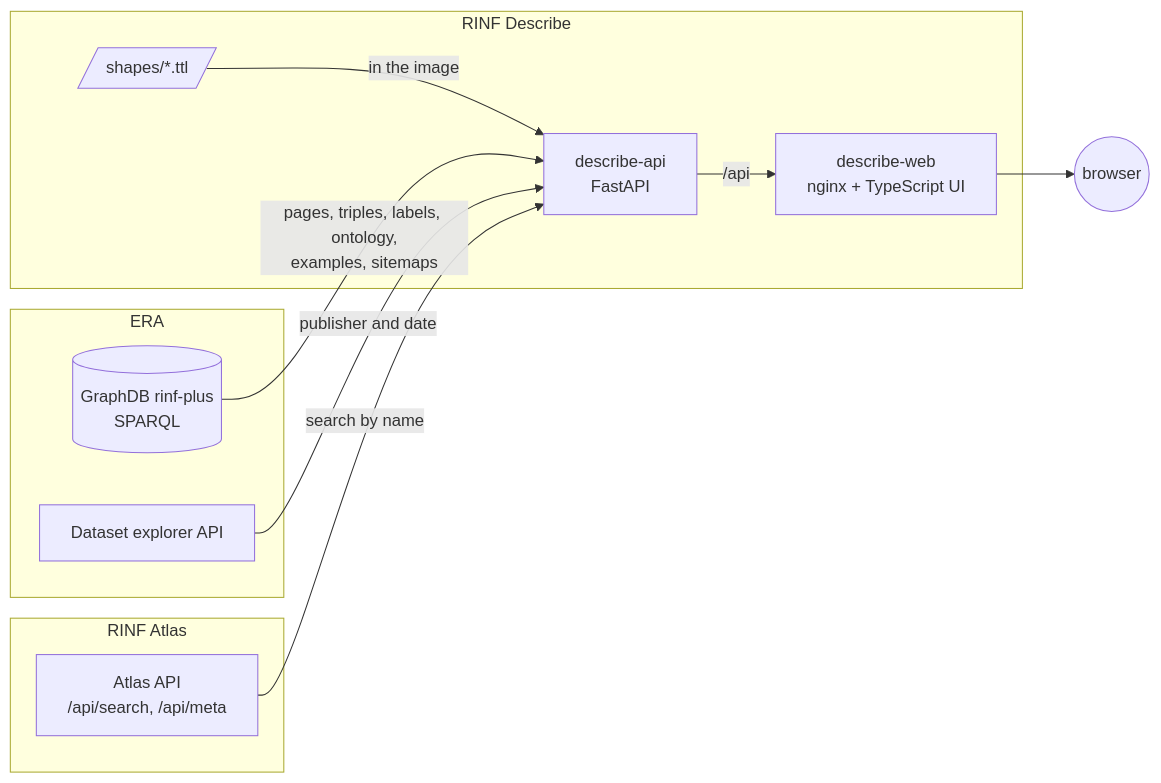
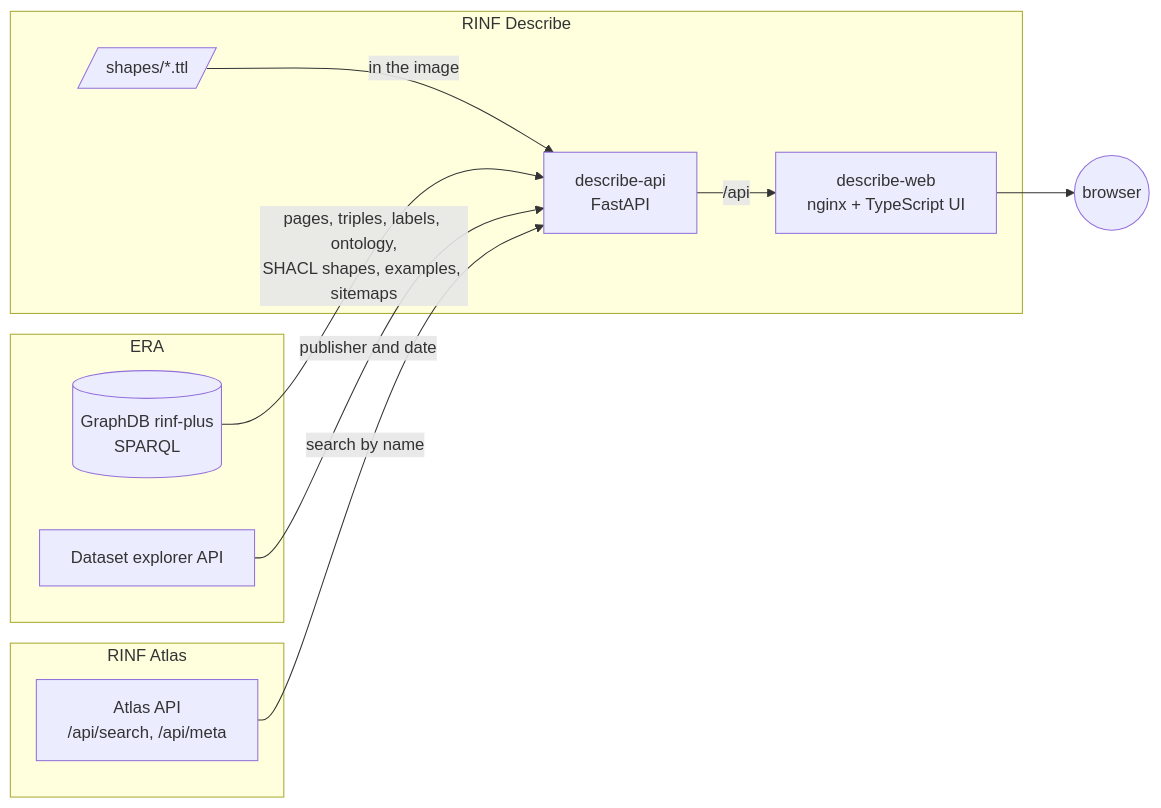
One commit to Matdata-eu/rinf-describe changed the diagram in docs/architecture.md. Above: the diagram before and after it, drawn with Mermaid. The commit also changed other lines of this file and 6 other files, not shown here.

````diff
--- a/docs/architecture.md
+++ b/docs/architecture.md
@@ -8,21 +8,21 @@
 ```mermaid
 flowchart LR
   subgraph ERA
     EXP[Dataset explorer API]
     GDB[(GraphDB rinf-plus<br/>SPARQL)]
   end
   subgraph RINF Atlas
     AAPI[Atlas API<br/>/api/search, /api/meta]
   end
   subgraph RINF Describe
     S[/shapes/*.ttl/]
     API[describe-api<br/>FastAPI]
     WEB[describe-web<br/>nginx + TypeScript UI]
   end
   S -- in the image --> API
-  GDB -- pages, triples, labels, ontology,<br/>examples, sitemaps --> API
+  GDB -- pages, triples, labels, ontology,<br/>SHACL shapes, examples, sitemaps --> API
   EXP -- publisher and date --> API
   AAPI -- search by name --> API
   API -- /api --> WEB
   WEB --> U((browser))
 ```
````
